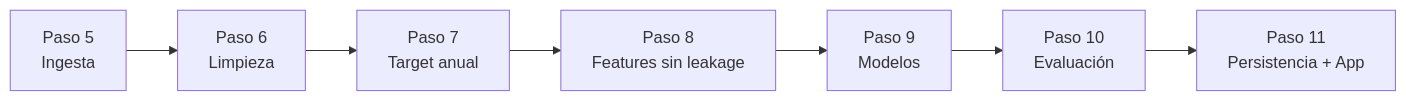
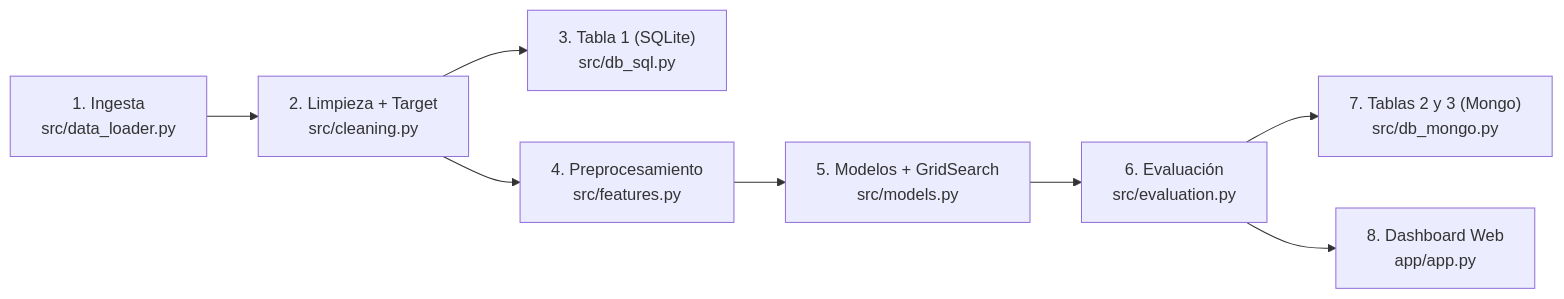
Before and after one commit to pradiant/prog_v1_antigravity: the first of 2 diagrams in GUIA_PASO_A_PASO.md, drawn with Mermaid. The commit also changed other lines of this file, not shown here.

````diff
--- a/GUIA_PASO_A_PASO.md
+++ b/GUIA_PASO_A_PASO.md
@@ -52,9 +52,10 @@
 ```mermaid
 flowchart LR
-    A["Paso 5<br/>Ingesta"] --> B["Paso 6<br/>Limpieza"]
-    B --> C["Paso 7<br/>Target anual"]
-    C --> D["Paso 8<br/>Features sin leakage"]
-    D --> E["Paso 9<br/>Modelos"]
-    E --> F["Paso 10<br/>Evaluación"]
-    F --> G["Paso 11<br/>Persistencia + App"]
+    A["1. Ingesta<br/>src/data_loader.py"] --> B["2. Limpieza + Target<br/>src/cleaning.py"]
+    B --> C["3. Tabla 1 (SQLite)<br/>src/db_sql.py"]
+    B --> D["4. Preprocesamiento<br/>src/features.py"]
+    D --> E["5. Modelos + GridSearch<br/>src/models.py"]
+    E --> F["6. Evaluación<br/>src/evaluation.py"]
+    F --> G["7. Tablas 2 y 3 (Mongo)<br/>src/db_mongo.py"]
+    F --> H["8. Dashboard Web<br/>app/app.py"]
 ```
````
